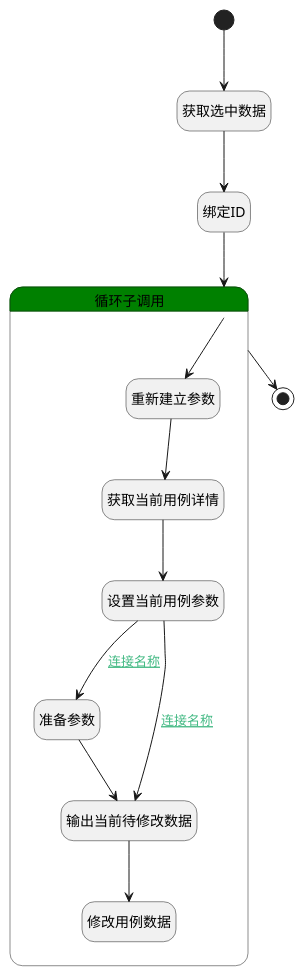
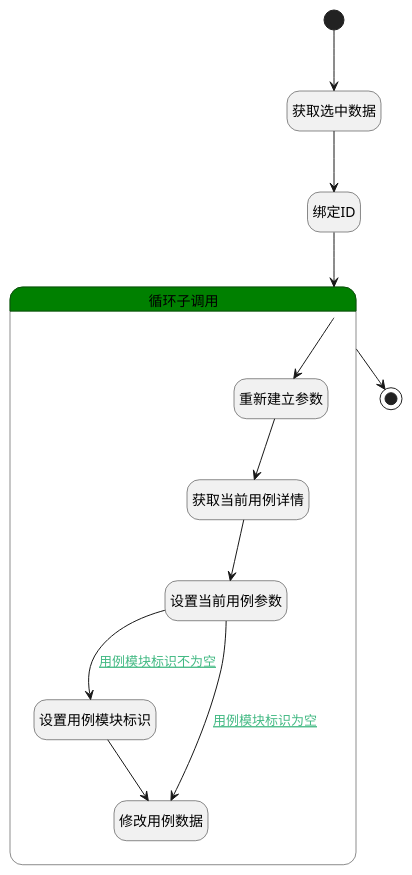
One commit to iBizLab/plm changed the diagram in doc/docsify/module/TestMgmt/test_case/logic/move_test_case.md. Above: the diagram before and after it, drawn with PlantUML. The commit also changed other lines of this file and 1068 other files, not shown here.

````diff
--- a/doc/docsify/module/TestMgmt/test_case/logic/move_test_case.md
+++ b/doc/docsify/module/TestMgmt/test_case/logic/move_test_case.md
@@ -7,39 +7,37 @@
 ```plantuml
 @startuml
 hide empty description
 <style>
 root {
   HyperlinkColor #42b983
 }
 </style>
 
 hide empty description
 state "开始" as Begin <<start>> [[$./move_test_case#begin {"开始"}]]
 state "获取选中数据" as BINDPARAM1  [[$./move_test_case#bindparam1 {"获取选中数据"}]]
 state "绑定ID" as BINDPARAM2  [[$./move_test_case#bindparam2 {"绑定ID"}]]
 state "结束" as END1 <<end>> [[$./move_test_case#end1 {"结束"}]]
 state "循环子调用" as LOOPSUBCALL1  [[$./move_test_case#loopsubcall1 {"循环子调用"}]] #green {
 state "重新建立参数" as RENEWPARAM1  [[$./move_test_case#renewparam1 {"重新建立参数"}]]
 state "获取当前用例详情" as DEACTION2  [[$./move_test_case#deaction2 {"获取当前用例详情"}]]
 state "设置当前用例参数" as PREPAREPARAM1  [[$./move_test_case#prepareparam1 {"设置当前用例参数"}]]
-state "准备参数" as PREPAREPARAM2  [[$./move_test_case#prepareparam2 {"准备参数"}]]
-state "输出当前待修改数据" as DEBUGPARAM2  [[$./move_test_case#debugparam2 {"输出当前待修改数据"}]]
+state "设置用例模块标识" as PREPAREPARAM2  [[$./move_test_case#prepareparam2 {"设置用例模块标识"}]]
 state "修改用例数据" as DEACTION1  [[$./move_test_case#deaction1 {"修改用例数据"}]]
 }
 
 
 Begin --> BINDPARAM1
 BINDPARAM1 --> BINDPARAM2
 BINDPARAM2 --> LOOPSUBCALL1
 LOOPSUBCALL1 --> END1
 LOOPSUBCALL1 --> RENEWPARAM1
 RENEWPARAM1 --> DEACTION2
 DEACTION2 --> PREPAREPARAM1
-PREPAREPARAM1 --> PREPAREPARAM2 : [[$./move_test_case#prepareparam1-prepareparam2{连接名称} 连接名称]]
-PREPAREPARAM2 --> DEBUGPARAM2
-DEBUGPARAM2 --> DEACTION1
-PREPAREPARAM1 --> DEBUGPARAM2 : [[$./move_test_case#prepareparam1-debugparam2{连接名称} 连接名称]]
+PREPAREPARAM1 --> PREPAREPARAM2 : [[$./move_test_case#prepareparam1-prepareparam2{用例模块标识不为空} 用例模块标识不为空]]
+PREPAREPARAM2 --> DEACTION1
+PREPAREPARAM1 --> DEACTION1 : [[$./move_test_case#prepareparam1-deaction1{用例模块标识为空} 用例模块标识为空]]
 
 
 @enduml
 ```
````
